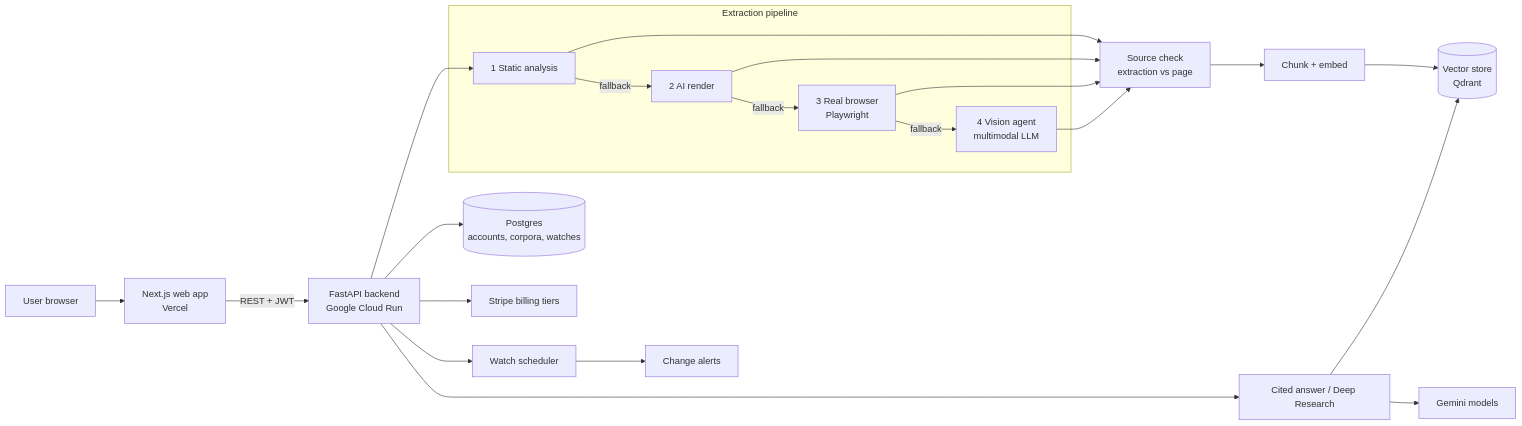
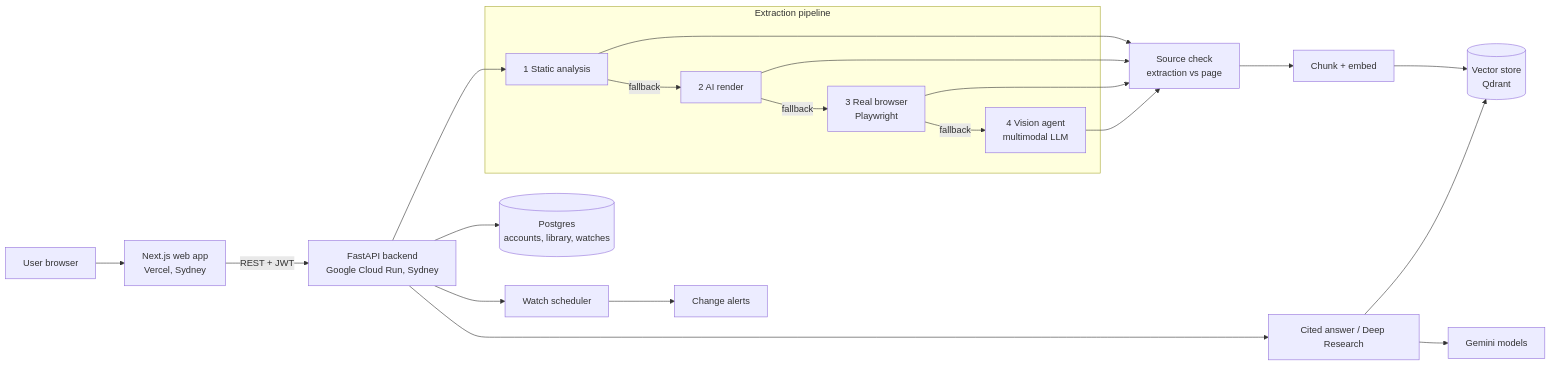
The diagram in README.md (lostmind008/chatcrawler-showcase), drawn with Mermaid before and after one commit. The commit also changed other lines of this file, not shown here.

````diff
--- a/README.md
+++ b/README.md
@@ -31,20 +36,19 @@
 ```mermaid
 flowchart LR
-    U[User browser] --> FE[Next.js web app<br/>Vercel]
-    FE -->|REST + JWT| API[FastAPI backend<br/>Google Cloud Run]
+    U[User browser] --> FE[Next.js web app<br/>Vercel, Sydney]
+    FE -->|REST + JWT| API[FastAPI backend<br/>Google Cloud Run, Sydney]
     subgraph Extraction pipeline
         S1[1 Static analysis] -->|fallback| S2[2 AI render]
         S2 -->|fallback| S3[3 Real browser<br/>Playwright]
         S3 -->|fallback| S4[4 Vision agent<br/>multimodal LLM]
     end
     API --> S1
     S1 & S2 & S3 & S4 --> V[Source check<br/>extraction vs page]
     V --> IDX[Chunk + embed]
     IDX --> VDB[(Vector store<br/>Qdrant)]
-    API --> DB[(Postgres<br/>accounts, corpora, watches)]
+    API --> DB[(Postgres<br/>accounts, library, watches)]
     API --> RAG[Cited answer / Deep Research]
     RAG --> VDB
     RAG --> LLM[Gemini models]
     API --> W[Watch scheduler] --> ALERT[Change alerts]
-    API --> PAY[Stripe billing tiers]
 ```
````
